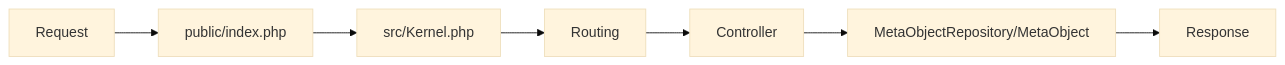
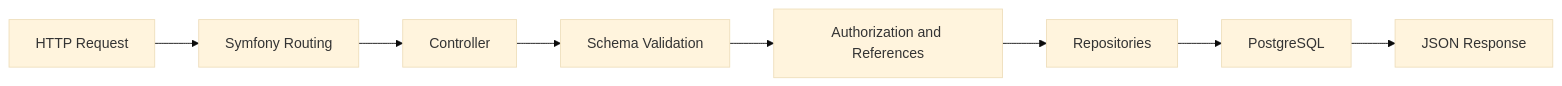
Before and after one commit to vojtabiberle/bareapi: the diagram in docs/ARCHITECTURE.md, drawn with Mermaid (base theme). The commit also changed other lines of this file and 3 other files, not shown here.

````diff
--- a/docs/ARCHITECTURE.md
+++ b/docs/ARCHITECTURE.md
@@ -23,9 +16,10 @@
 ```mermaid
 graph LR
-    A[Request] --> B[public/index.php]
-    B --> C[src/Kernel.php]
-    C --> D[Routing]
-    D --> E[Controller]
-    E --> F[MetaObjectRepository/MetaObject]
-    F --> G[Response]
+    A[HTTP Request] --> B[Symfony Routing]
+    B --> C[Controller]
+    C --> D[Schema Validation]
+    D --> E[Authorization and References]
+    E --> F[Repositories]
+    F --> G[PostgreSQL]
+    G --> H[JSON Response]
 ```
````
